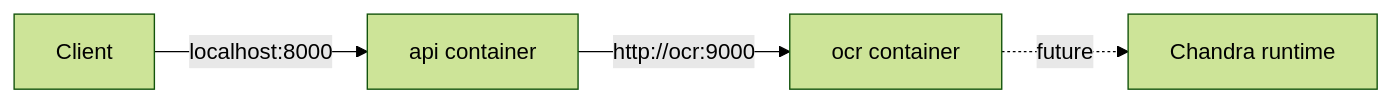
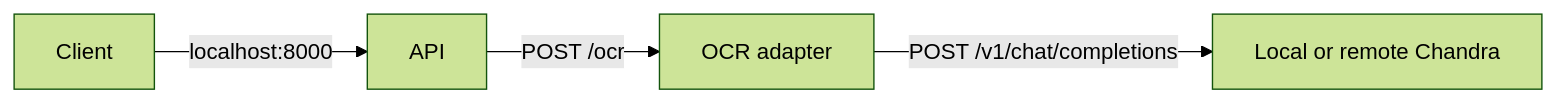
The diagram in docs/docker.md (PedroCBrito/AmazoniaHack-Challenge-2), drawn with Mermaid (forest theme) before and after one commit. The commit also changed other lines of this file and 3 other files, not shown here.

````diff
--- a/docs/docker.md
+++ b/docs/docker.md
@@ -14,6 +67,6 @@
 ```mermaid
 flowchart LR
-    Client[Client] -->|localhost:8000| API[api container]
-    API -->|http://ocr:9000| OCR[ocr container]
-    OCR -. future .-> Chandra[Chandra runtime]
+    Client[Client] -->|localhost:8000| API[API]
+    API -->|POST /ocr| Adapter[OCR adapter]
+    Adapter -->|POST /v1/chat/completions| Backend[Local or remote Chandra]
 ```
````
